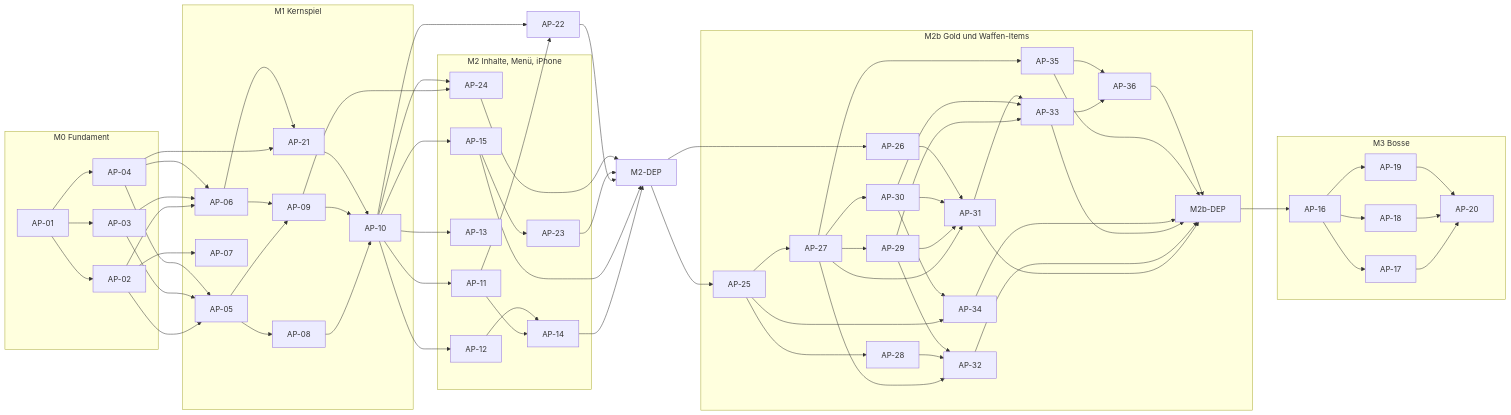
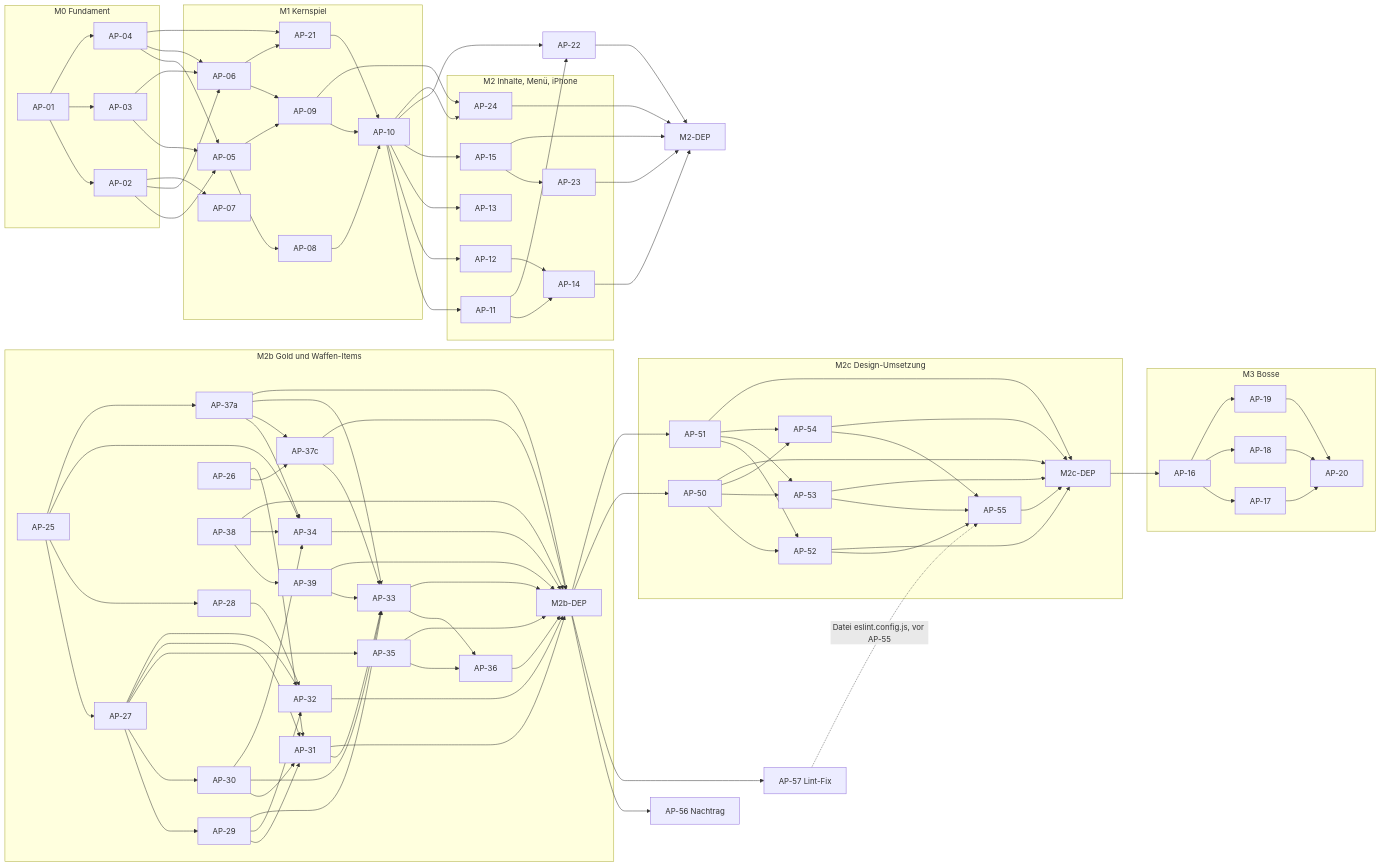
The third of 3 diagrams in docs/masterBuildPlan.md (CemDCoding/360shooter), drawn with Mermaid before and after one commit. The commit also changed other lines of this file and 168 other files, not shown here.

````diff
--- a/docs/masterBuildPlan.md
+++ b/docs/masterBuildPlan.md
@@ -686,45 +776,56 @@
 ```mermaid
 flowchart LR
   subgraph M0["M0 Fundament"]
     AP01["AP-01"] --> AP02["AP-02"] & AP03["AP-03"] & AP04["AP-04"]
   end
   subgraph M1["M1 Kernspiel"]
     AP05["AP-05"] --> AP08["AP-08"] & AP09["AP-09"]
     AP06["AP-06"] --> AP09
     AP08 & AP09 & AP21 --> AP10["AP-10"]
     AP07["AP-07"]
     AP21["AP-21"]
   end
   subgraph M2["M2 Inhalte, Menü, iPhone"]
     AP11["AP-11"] --> AP14["AP-14"]
     AP12["AP-12"] --> AP14
     AP13["AP-13"]
     AP15["AP-15"] --> AP23["AP-23"]
     AP24["AP-24"]
   end
   subgraph M2b["M2b Gold und Waffen-Items"]
-    AP25["AP-25"] --> AP27["AP-27"] & AP28["AP-28"] & AP34["AP-34"]
-    AP26["AP-26"]
+    AP25["AP-25"] --> AP27["AP-27"] & AP28["AP-28"] & AP34["AP-34"] & AP37a["AP-37a"]
+    AP26["AP-26"] --> AP37c["AP-37c"]
+    AP38["AP-38"] --> AP39["AP-39"] & AP34["AP-34"]
+    AP39 --> AP33["AP-33"]
+    AP37a["AP-37a"] --> AP34 & AP37c & AP33
+    AP37c --> AP33
     AP27 --> AP29["AP-29"] & AP30["AP-30"] & AP35["AP-35"] & AP31["AP-31"] & AP32["AP-32"]
     AP28 --> AP32
     AP29 --> AP31 & AP32 & AP33["AP-33"]
     AP30 --> AP31 & AP33 & AP34
     AP26 --> AP31
     AP31 --> AP33
     AP33 & AP35 --> AP36["AP-36"]
-    AP31 & AP32 & AP33 & AP34 & AP35 & AP36 --> M2bDEP["M2b-DEP"]
+    AP31 & AP32 & AP33 & AP34 & AP35 & AP36 & AP37a & AP37c & AP38 & AP39 --> M2bDEP["M2b-DEP"]
   end
-  M2DEP --> AP25 & AP26
+  subgraph M2c["M2c Design-Umsetzung"]
+    AP50["AP-50"] --> AP52["AP-52"] & AP53["AP-53"] & AP54["AP-54"]
+    AP51["AP-51"] --> AP52 & AP53 & AP54
+    AP52 & AP53 & AP54 --> AP55["AP-55"]
+    AP50 & AP51 & AP52 & AP53 & AP54 & AP55 --> M2cDEP["M2c-DEP"]
+  end
   subgraph M3["M3 Bosse"]
     AP16["AP-16"] --> AP17["AP-17"] & AP18["AP-18"] & AP19["AP-19"]
     AP17 & AP18 & AP19 --> AP20["AP-20"]
   end
   AP02 & AP03 & AP04 --> AP05 & AP06
   AP02 --> AP07
   AP04 & AP06 --> AP21
   AP10 --> AP11 & AP12 & AP13 & AP15
-  M2bDEP --> AP16
+  M2bDEP --> AP56["AP-56 Nachtrag"] & AP57["AP-57 Lint-Fix"] & AP50 & AP51
+  M2cDEP --> AP16
+  AP57 -.->|Datei eslint.config.js, vor AP-55| AP55
   AP10 & AP11 --> AP22["AP-22"]
   AP09 & AP10 --> AP24
   AP14 & AP15 & AP22 & AP23 & AP24 --> M2DEP["M2-DEP"]
 ```
````
